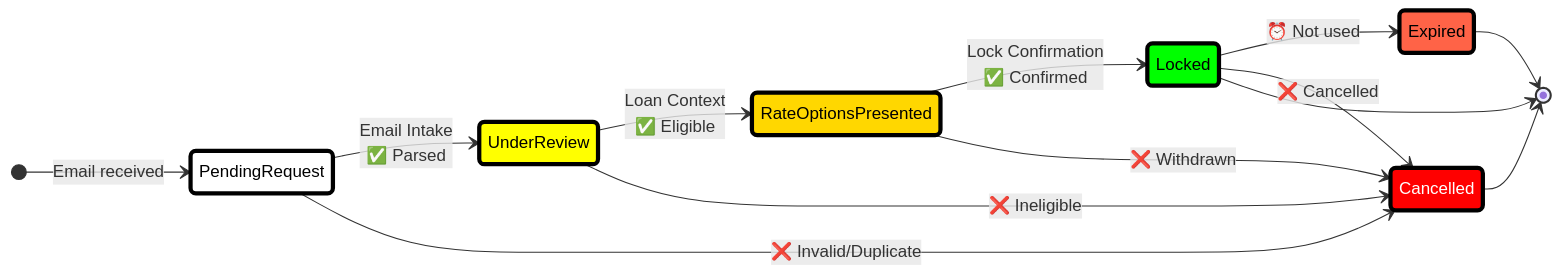
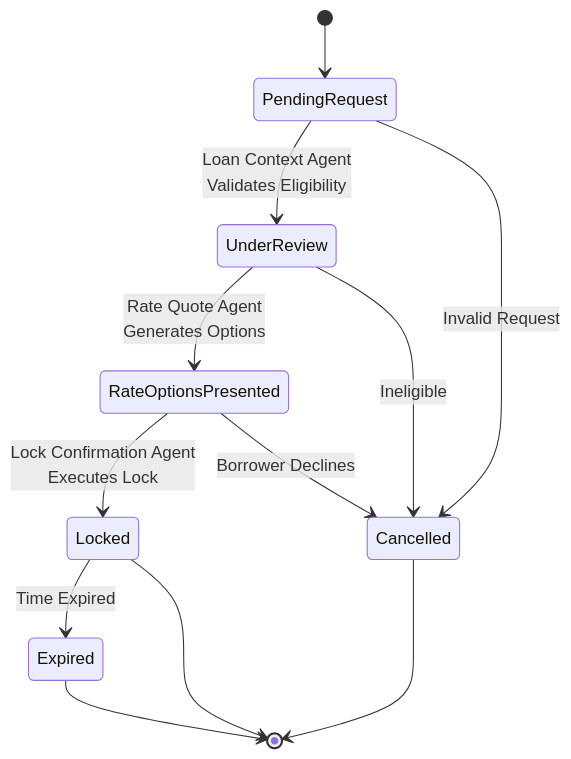
The third of 5 diagrams in README.md (drewelewis/ai-rate-lock-system-sk), drawn with Mermaid before and after one commit. The commit also changed other lines of this file and 58 other files, not shown here.

````diff
--- a/README.md
+++ b/README.md
@@ -426,29 +478,17 @@
 ```mermaid
 stateDiagram-v2
-    direction LR
+    [*] --> PendingRequest
+    PendingRequest --> UnderReview : Loan Context Agent<br/>Validates Eligibility
+    PendingRequest --> Cancelled : Invalid Request
     
-    [*] --> PendingRequest : Email received
+    UnderReview --> RateOptionsPresented : Rate Quote Agent<br/>Generates Options
+    UnderReview --> Cancelled : Ineligible
     
-    PendingRequest --> UnderReview : Email Intake<br/>✅ Parsed
-    PendingRequest --> Cancelled : ❌ Invalid/Duplicate
+    RateOptionsPresented --> Locked : Lock Confirmation Agent<br/>Executes Lock
+    RateOptionsPresented --> Cancelled : Borrower Declines
     
-    UnderReview --> RateOptionsPresented : Loan Context<br/>✅ Eligible
-    UnderReview --> Cancelled : ❌ Ineligible
-    
-    RateOptionsPresented --> Locked : Lock Confirmation<br/>✅ Confirmed
-    RateOptionsPresented --> Cancelled : ❌ Withdrawn
-    
-    Locked --> Expired : ⏰ Not used
-    Locked --> Cancelled : ❌ Cancelled
-    
+    Locked --> Expired : Time Expired
     Locked --> [*]
     Expired --> [*]
     Cancelled --> [*]
-    
-    style PendingRequest fill:#FFFFFF,stroke:#000000,stroke-width:4px,color:#000000
-    style UnderReview fill:#FFFF00,stroke:#000000,stroke-width:4px,color:#000000
-    style RateOptionsPresented fill:#FFD700,stroke:#000000,stroke-width:4px,color:#000000
-    style Locked fill:#00FF00,stroke:#000000,stroke-width:4px,color:#000000
-    style Expired fill:#FF6347,stroke:#000000,stroke-width:4px,color:#000000
-    style Cancelled fill:#FF0000,stroke:#000000,stroke-width:4px,color:#FFFFFF
 ```
````
